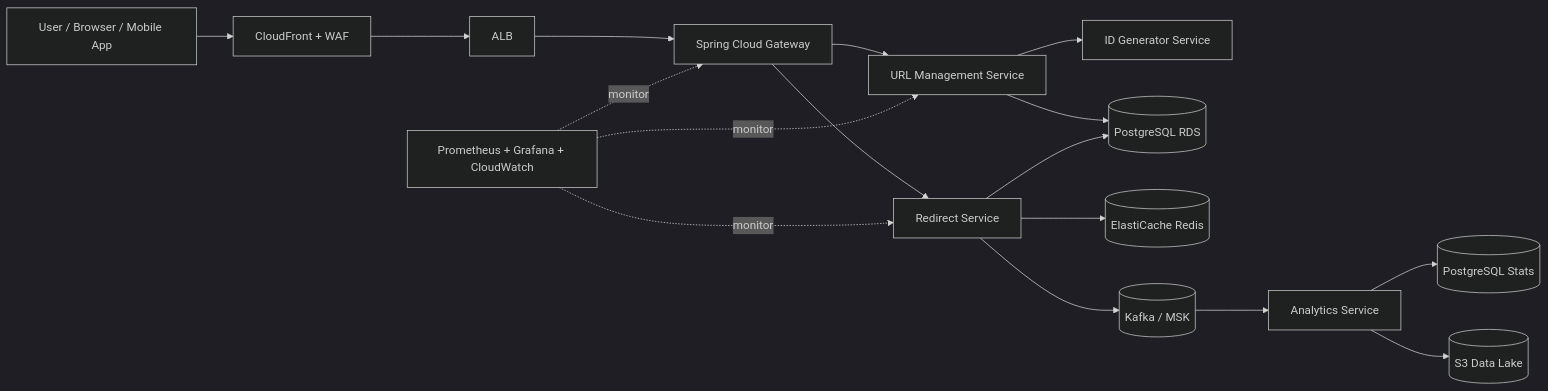
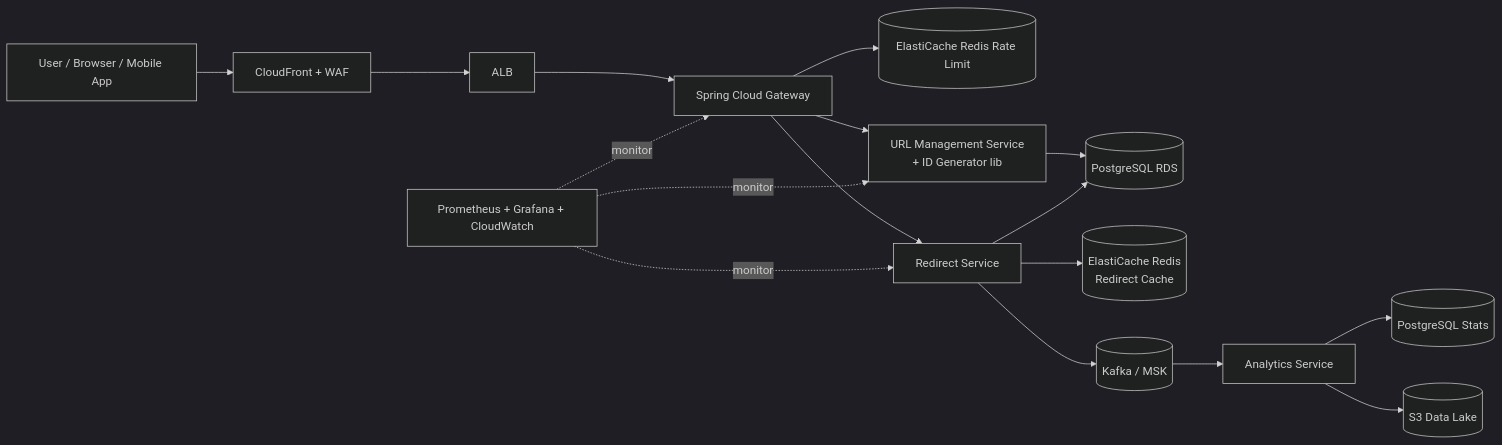
The first of 5 diagrams in url-shortener.md (vanhiep99w/system-design-practice), drawn with Mermaid (dark theme) before and after one commit. The commit also changed other lines of this file and 5 other files, not shown here.

````diff
--- a/url-shortener.md
+++ b/url-shortener.md
@@ -472,23 +478,23 @@
 ```mermaid
 flowchart LR
     U[User / Browser / Mobile App] --> CF[CloudFront + WAF]
     CF --> ALB[ALB]
     ALB --> GW[Spring Cloud Gateway]
 
-    GW --> URLSVC[URL Management Service]
+    GW --> RL_REDIS[(ElastiCache Redis Rate Limit)]
+    GW --> URLSVC[URL Management Service\n+ ID Generator lib]
     GW --> REDIRSVC[Redirect Service]
 
-    URLSVC --> IDSVC[ID Generator Service]
     URLSVC --> PG[(PostgreSQL RDS)]
-    REDIRSVC --> REDIS[(ElastiCache Redis)]
+    REDIRSVC --> REDIS[(ElastiCache Redis\nRedirect Cache)]
     REDIRSVC --> PG
 
     REDIRSVC --> KAFKA[(Kafka / MSK)]
     KAFKA --> ANSVC[Analytics Service]
     ANSVC --> PGS[(PostgreSQL Stats)]
     ANSVC --> S3[(S3 Data Lake)]
 
     OBS[Prometheus + Grafana + CloudWatch] -. monitor .-> GW
     OBS -. monitor .-> URLSVC
     OBS -. monitor .-> REDIRSVC
 ```
````
